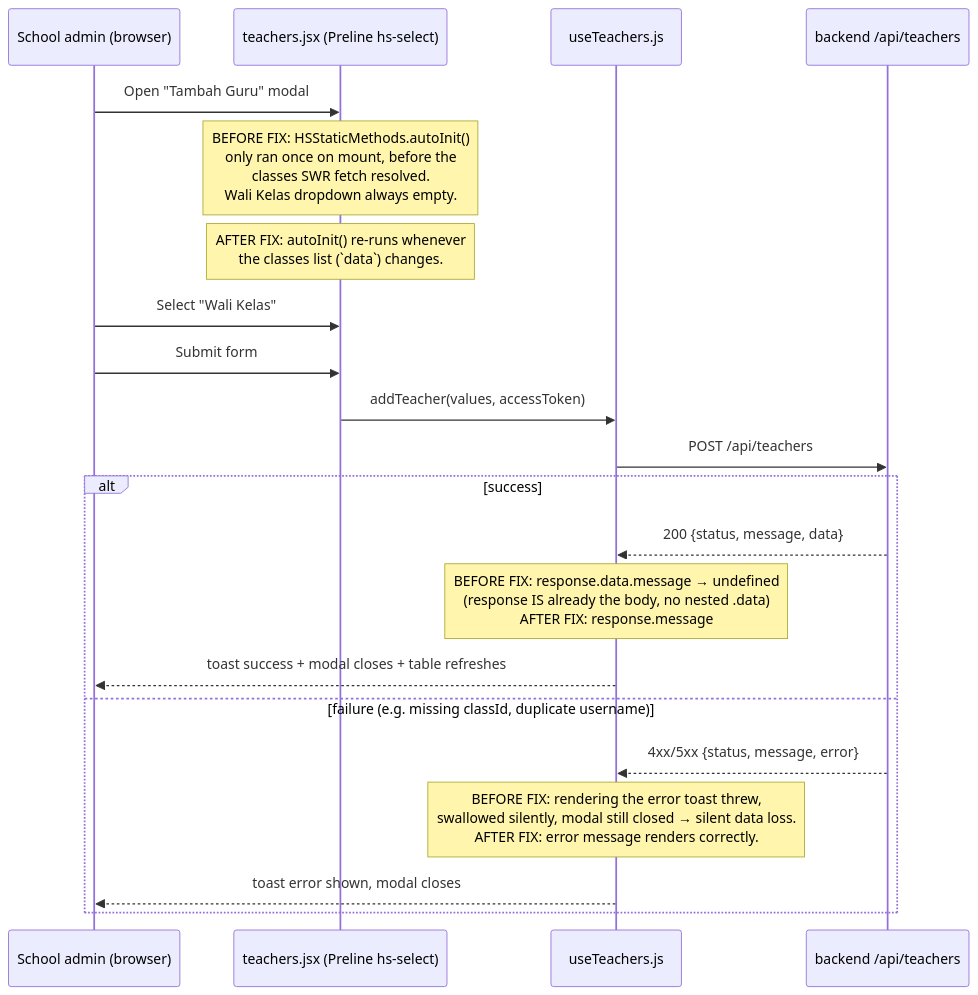
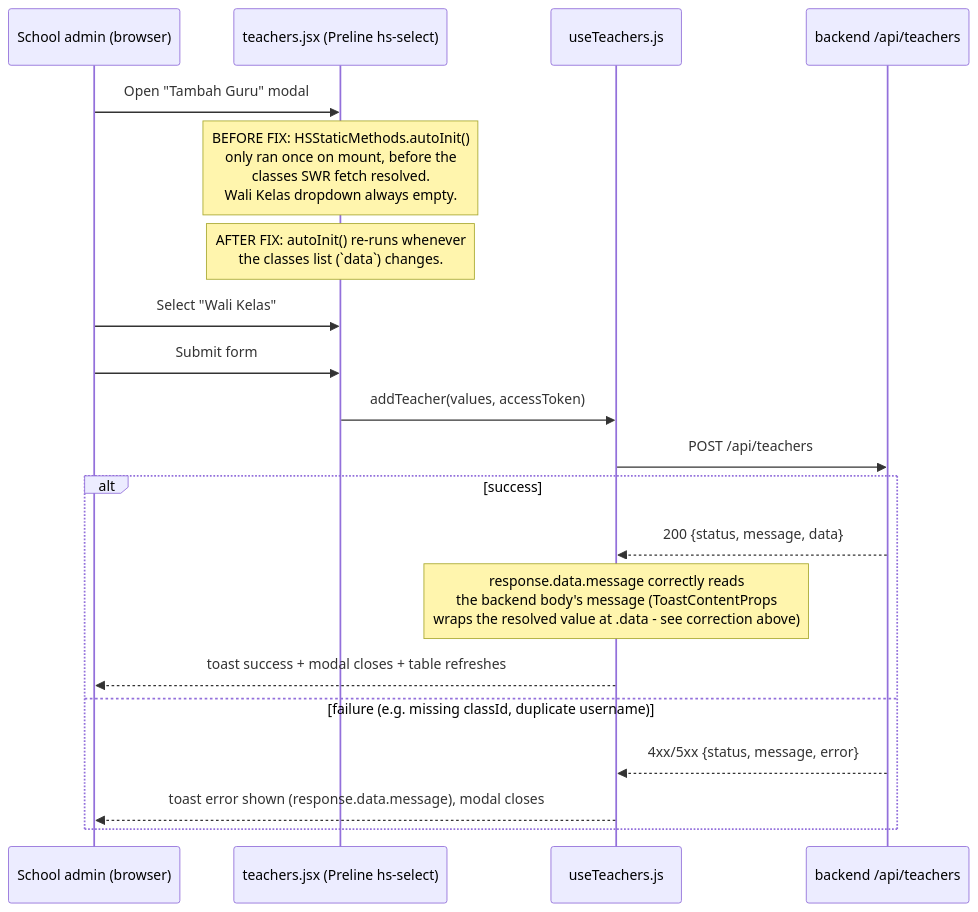
Before and after one commit to rizkyazkia/fe_projectapp: the second of 2 diagrams in docs/QA-BUGS.md, drawn with Mermaid. The commit also changed other lines of this file, not shown here.

````diff
--- a/docs/QA-BUGS.md
+++ b/docs/QA-BUGS.md
@@ -77,24 +118,23 @@
 ```mermaid
 sequenceDiagram
     participant U as School admin (browser)
     participant P as teachers.jsx (Preline hs-select)
     participant H as useTeachers.js
     participant API as backend /api/teachers
 
     U->>P: Open "Tambah Guru" modal
     Note over P: BEFORE FIX: HSStaticMethods.autoInit()<br/>only ran once on mount, before the<br/>classes SWR fetch resolved.<br/>Wali Kelas dropdown always empty.
     Note over P: AFTER FIX: autoInit() re-runs whenever<br/>the classes list (`data`) changes.
     U->>P: Select "Wali Kelas"
     U->>P: Submit form
     P->>H: addTeacher(values, accessToken)
     H->>API: POST /api/teachers
     alt success
         API-->>H: 200 {status, message, data}
-        Note over H: BEFORE FIX: response.data.message → undefined<br/>(response IS already the body, no nested .data)<br/>AFTER FIX: response.message
+        Note over H: response.data.message correctly reads<br/>the backend body's message (ToastContentProps<br/>wraps the resolved value at .data - see correction above)
         H-->>U: toast success + modal closes + table refreshes
     else failure (e.g. missing classId, duplicate username)
         API-->>H: 4xx/5xx {status, message, error}
-        Note over H: BEFORE FIX: rendering the error toast threw,<br/>swallowed silently, modal still closed → silent data loss.<br/>AFTER FIX: error message renders correctly.
-        H-->>U: toast error shown, modal closes
+        H-->>U: toast error shown (response.data.message), modal closes
     end
 ```
````
